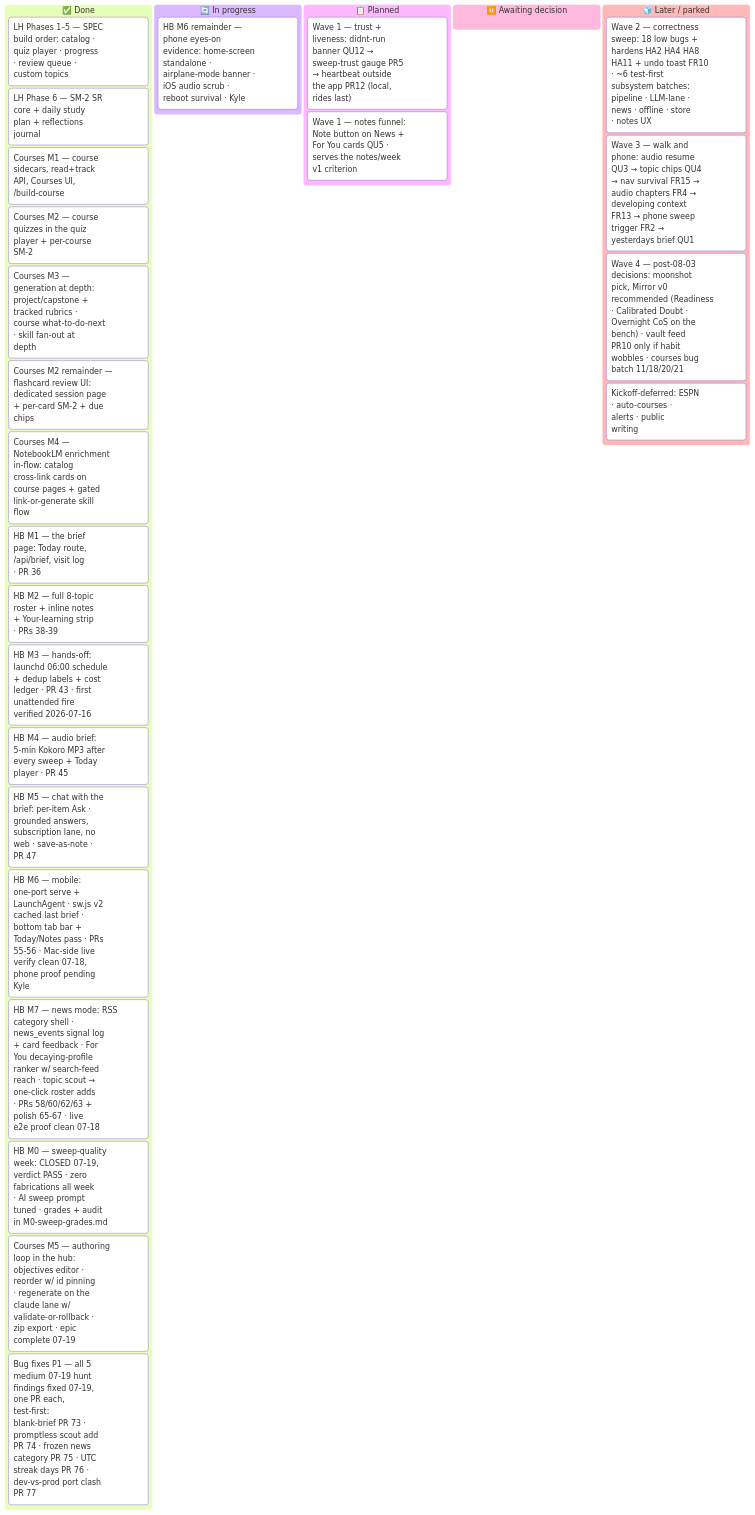
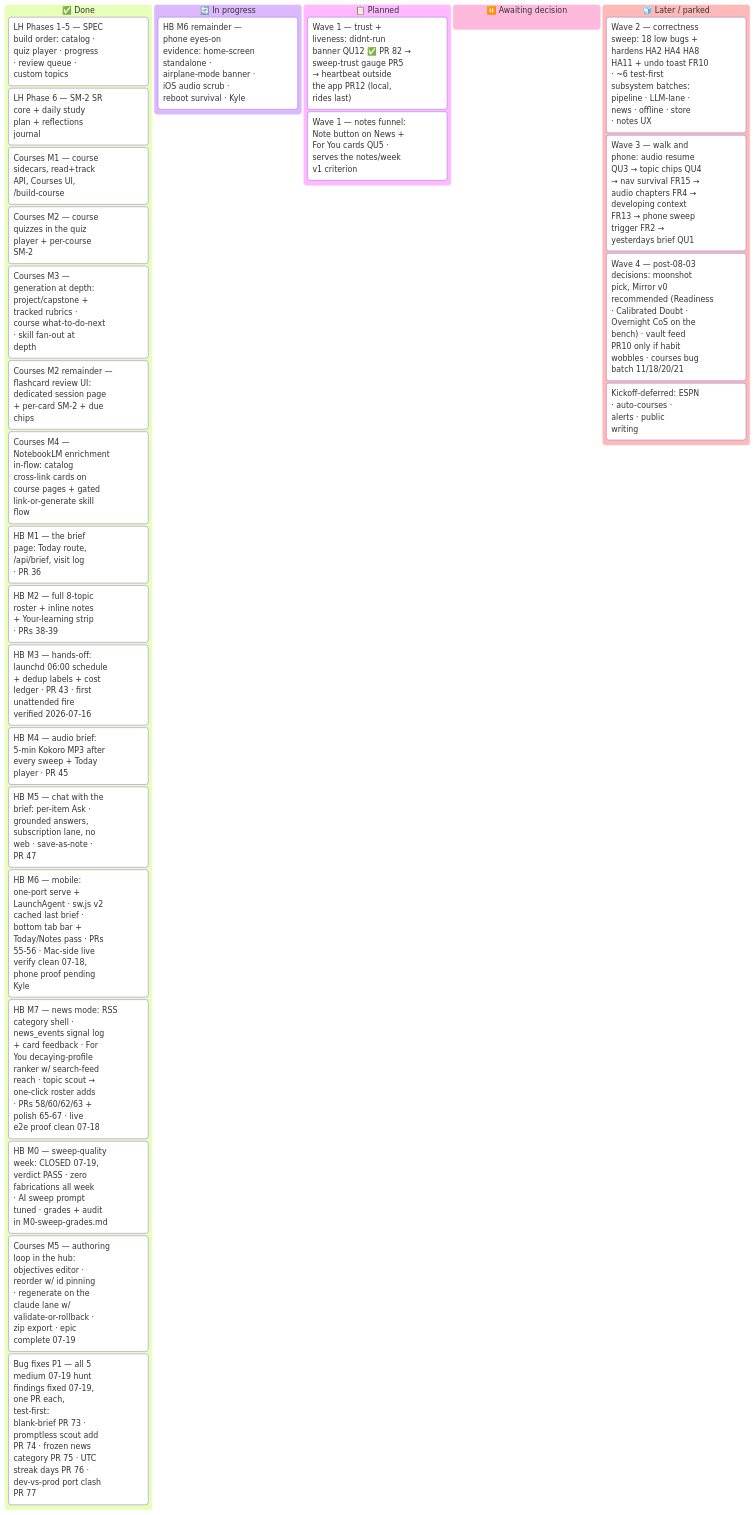
Before and after one commit to ksdisch/home-base: the diagram in docs/MASTER_PLAN.md, drawn with Mermaid. The commit also changed other lines of this file and 1 other file, not shown here.

Commit message:
docs: MASTER_PLAN + BACKLOG — QU12 shipped (PR #82), Wave 1 card ticked

````diff
--- a/docs/MASTER_PLAN.md
+++ b/docs/MASTER_PLAN.md
@@ -42,37 +42,37 @@
 ```mermaid
 ---
 config:
   kanban:
     sectionWidth: 300
 ---
 kanban
   done["✅ Done"]
     lh15["LH Phases 1–5 — SPEC<br/>build order: catalog ·<br/>quiz player · progress<br/>· review queue ·<br/>custom topics"]
     lh6["LH Phase 6 — SM-2 SR<br/>core + daily study<br/>plan + reflections<br/>journal"]
     lh7["Courses M1 — course<br/>sidecars, read+track<br/>API, Courses UI,<br/>/build-course"]
     lh7m2["Courses M2 — course<br/>quizzes in the quiz<br/>player + per-course<br/>SM-2"]
     lh7m3["Courses M3 —<br/>generation at depth:<br/>project/capstone +<br/>tracked rubrics ·<br/>course what-to-do-next<br/>· skill fan-out at<br/>depth"]
     lh7fc["Courses M2 remainder —<br/>flashcard review UI:<br/>dedicated session page<br/>+ per-card SM-2 + due<br/>chips"]
     lh7m4["Courses M4 —<br/>NotebookLM enrichment<br/>in-flow: catalog<br/>cross-link cards on<br/>course pages + gated<br/>link-or-generate skill<br/>flow"]
     hbm1["HB M1 — the brief<br/>page: Today route,<br/>/api/brief, visit log<br/>· PR 36"]
     hbm2["HB M2 — full 8-topic<br/>roster + inline notes<br/>+ Your-learning strip<br/>· PRs 38-39"]
     hbm3["HB M3 — hands-off:<br/>launchd 06:00 schedule<br/>+ dedup labels + cost<br/>ledger · PR 43 · first<br/>unattended fire<br/>verified 2026-07-16"]
     hbm4["HB M4 — audio brief:<br/>5-min Kokoro MP3 after<br/>every sweep + Today<br/>player · PR 45"]
     hbm5["HB M5 — chat with the<br/>brief: per-item Ask ·<br/>grounded answers,<br/>subscription lane, no<br/>web · save-as-note ·<br/>PR 47"]
     hbm6["HB M6 — mobile:<br/>one-port serve +<br/>LaunchAgent · sw.js v2<br/>cached last brief ·<br/>bottom tab bar +<br/>Today/Notes pass · PRs<br/>55-56 · Mac-side live<br/>verify clean 07-18,<br/>phone proof pending<br/>Kyle"]
     hbm7["HB M7 — news mode: RSS<br/>category shell ·<br/>news_events signal log<br/>+ card feedback · For<br/>You decaying-profile<br/>ranker w/ search-feed<br/>reach · topic scout →<br/>one-click roster adds<br/>· PRs 58/60/62/63 +<br/>polish 65-67 · live<br/>e2e proof clean 07-18"]
     hbm0["HB M0 — sweep-quality<br/>week: CLOSED 07-19,<br/>verdict PASS · zero<br/>fabrications all week<br/>· AI sweep prompt<br/>tuned · grades + audit<br/>in M0-sweep-grades.md"]
     cm5["Courses M5 — authoring<br/>loop in the hub:<br/>objectives editor ·<br/>reorder w/ id pinning<br/>· regenerate on the<br/>claude lane w/<br/>validate-or-rollback ·<br/>zip export · epic<br/>complete 07-19"]
     bugp1["Bug fixes P1 — all 5<br/>medium 07-19 hunt<br/>findings fixed 07-19,<br/>one PR each,<br/>test-first:<br/>blank-brief PR 73 ·<br/>promptless scout add<br/>PR 74 · frozen news<br/>category PR 75 · UTC<br/>streak days PR 76 ·<br/>dev-vs-prod port clash<br/>PR 77"]
   doing["🔄 In progress"]
     hbm6proof["HB M6 remainder —<br/>phone eyes-on<br/>evidence: home-screen<br/>standalone ·<br/>airplane-mode banner ·<br/>iOS audio scrub ·<br/>reboot survival · Kyle"]
   next["📋 Planned"]
-    trust["Wave 1 — trust +<br/>liveness: didnt-run<br/>banner QU12 →<br/>sweep-trust gauge PR5<br/>→ heartbeat outside<br/>the app PR12 (local,<br/>rides last)"]
+    trust["Wave 1 — trust +<br/>liveness: didnt-run<br/>banner QU12 ✅ PR 82 →<br/>sweep-trust gauge PR5<br/>→ heartbeat outside<br/>the app PR12 (local,<br/>rides last)"]
     qnotes["Wave 1 — notes funnel:<br/>Note button on News +<br/>For You cards QU5 ·<br/>serves the notes/week<br/>v1 criterion"]
   decide["⏸️ Awaiting decision"]
   later["🧊 Later / parked"]
     wave2["Wave 2 — correctness<br/>sweep: 18 low bugs +<br/>hardens HA2 HA4 HA8<br/>HA11 + undo toast FR10<br/>· ~6 test-first<br/>subsystem batches:<br/>pipeline · LLM-lane ·<br/>news · offline · store<br/>· notes UX"]
     wave3["Wave 3 — walk and<br/>phone: audio resume<br/>QU3 → topic chips QU4<br/>→ nav survival FR15 →<br/>audio chapters FR4 →<br/>developing context<br/>FR13 → phone sweep<br/>trigger FR2 →<br/>yesterdays brief QU1"]
     wave4["Wave 4 — post-08-03<br/>decisions: moonshot<br/>pick, Mirror v0<br/>recommended (Readiness<br/>· Calibrated Doubt ·<br/>Overnight CoS on the<br/>bench) · vault feed<br/>PR10 only if habit<br/>wobbles · courses bug<br/>batch 11/18/20/21"]
     defer["Kickoff-deferred: ESPN<br/>· auto-courses ·<br/>alerts · public<br/>writing"]
 ```
````
